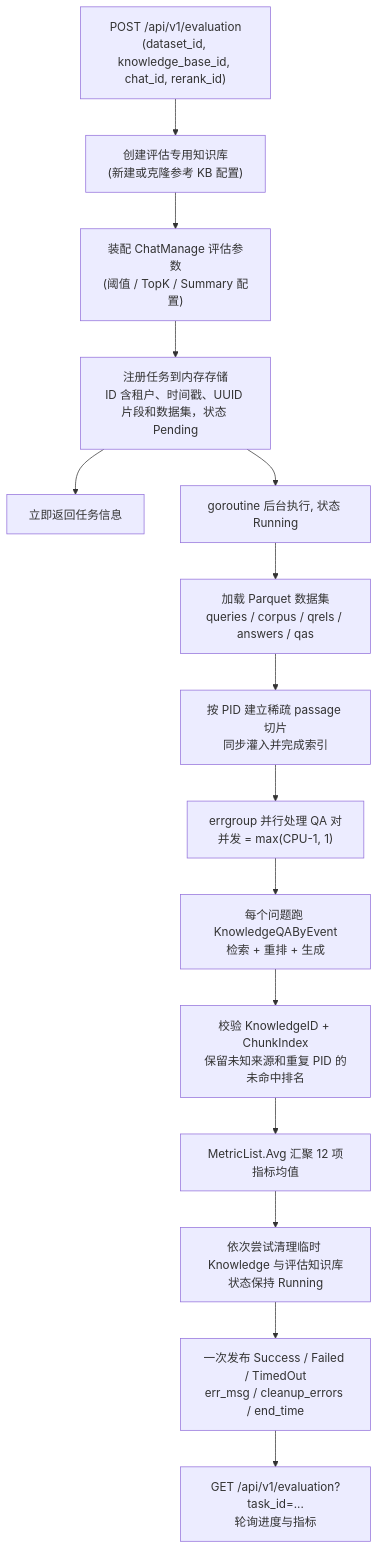
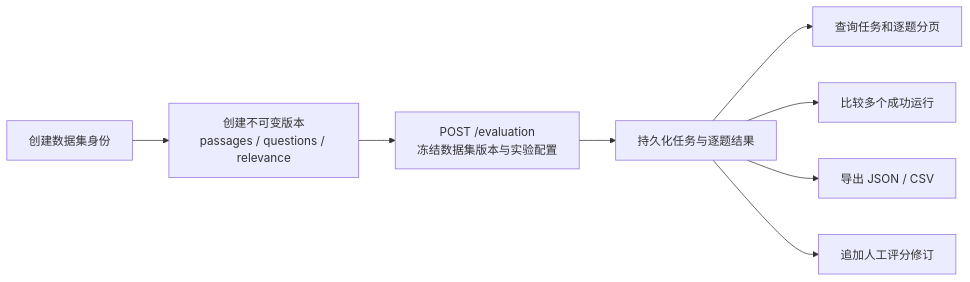
The diagram in website-docs/03-features/15-evaluation.md (Aokiuuz/WeKnora), drawn with Mermaid before and after one commit. The commit also changed other lines of this file and 6 other files, not shown here.

Commit message:
docs(api): synchronize evaluation contracts

````diff
--- a/website-docs/03-features/15-evaluation.md
+++ b/website-docs/03-features/15-evaluation.md
@@ -166,17 +17,10 @@
 ```mermaid
-flowchart TD
-    A["POST /api/v1/evaluation<br/>(dataset_id, knowledge_base_id, chat_id, rerank_id)"] --> B["创建评估专用知识库<br/>(新建或克隆参考 KB 配置)"]
-    B --> C["装配 ChatManage 评估参数<br/>(阈值 / TopK / Summary 配置)"]
-    C --> D["注册任务到内存存储<br/>ID 含租户、时间戳、UUID 片段和数据集，状态 Pending"]
-    D --> E["立即返回任务信息"]
-    D --> F["goroutine 后台执行, 状态 Running"]
-    F --> G["加载 Parquet 数据集<br/>queries / corpus / qrels / answers / qas"]
-    G --> H["按 PID 建立稀疏 passage 切片<br/>同步灌入并完成索引"]
-    H --> I["errgroup 并行处理 QA 对<br/>并发 = max(CPU-1, 1)"]
-    I --> J["每个问题跑 KnowledgeQAByEvent<br/>检索 + 重排 + 生成"]
-    J --> K["校验 KnowledgeID + ChunkIndex<br/>保留未知来源和重复 PID 的未命中排名"]
-    K --> L["MetricList.Avg 汇聚 12 项指标均值"]
-    L --> M["依次尝试清理临时 Knowledge 与评估知识库<br/>状态保持 Running"]
-    M --> O["一次发布 Success / Failed / TimedOut<br/>err_msg / cleanup_errors / end_time"]
-    O --> N["GET /api/v1/evaluation?task_id=...<br/>轮询进度与指标"]
+flowchart LR
+    A["创建数据集身份"] --> B["创建不可变版本<br/>passages / questions / relevance"]
+    B --> C["POST /evaluation<br/>冻结数据集版本与实验配置"]
+    C --> D["持久化任务与逐题结果"]
+    D --> E["查询任务和逐题分页"]
+    D --> F["比较多个成功运行"]
+    D --> G["导出 JSON / CSV"]
+    D --> H["追加人工评分修订"]
 ```
````
